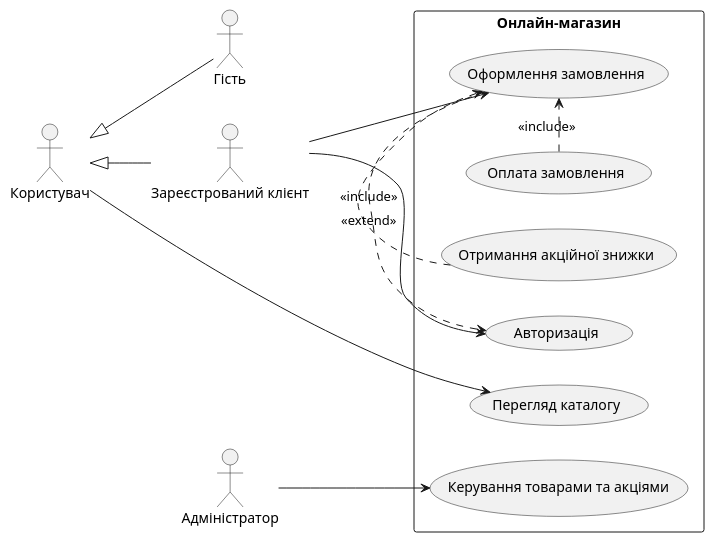
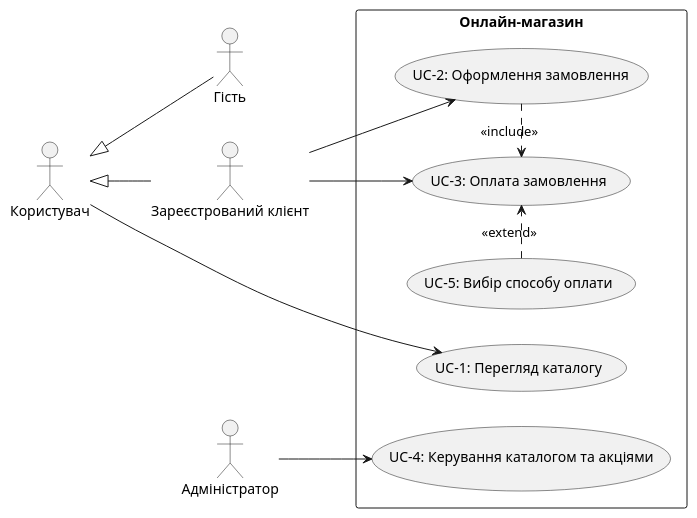
One commit to S1lverFoot/kpilabs changed the diagram in lab2/usecases.puml. Above: the diagram before and after it, drawn with PlantUML.

Commit message:
Refactor use case names and relationships in UML diagram

```diff
--- a/lab2/usecases.puml
+++ b/lab2/usecases.puml
@@ -1,30 +1,28 @@
 @startuml
 left to right direction
 skinparam packageStyle rectangle
 
 actor "Користувач" as User
 actor "Гість" as Guest
 actor "Зареєстрований клієнт" as Customer
 actor "Адміністратор" as Admin
 
 Guest -up-|> User
 Customer -up-|> User
 
 rectangle "Онлайн-магазин" {
-    usecase "Перегляд каталогу" as UC1
-    usecase "Оформлення замовлення" as UC2
-    usecase "Оплата замовлення" as UC3
-    usecase "Авторизація" as UC4
-    usecase "Керування товарами та акціями" as UC5
-    usecase "Отримання акційної знижки" as UC6
+    usecase "UC-1: Перегляд каталогу" as UC1
+    usecase "UC-2: Оформлення замовлення" as UC2
+    usecase "UC-3: Оплата замовлення" as UC3
+    usecase "UC-4: Керування каталогом та акціями" as UC4
+    usecase "UC-5: Вибір способу оплати" as UC5
 }
 
 User --> UC1
 Customer --> UC2
-Customer --> UC4
-Admin --> UC5
+Customer --> UC3
+Admin --> UC4
 
-UC3 .> UC2 : <<include>>
-UC2 .> UC4 : <<include>>
-UC6 .> UC2 : <<extend>>
+UC2 .> UC3 : <<include>>
+UC5 .> UC3 : <<extend>>
 @enduml
```
